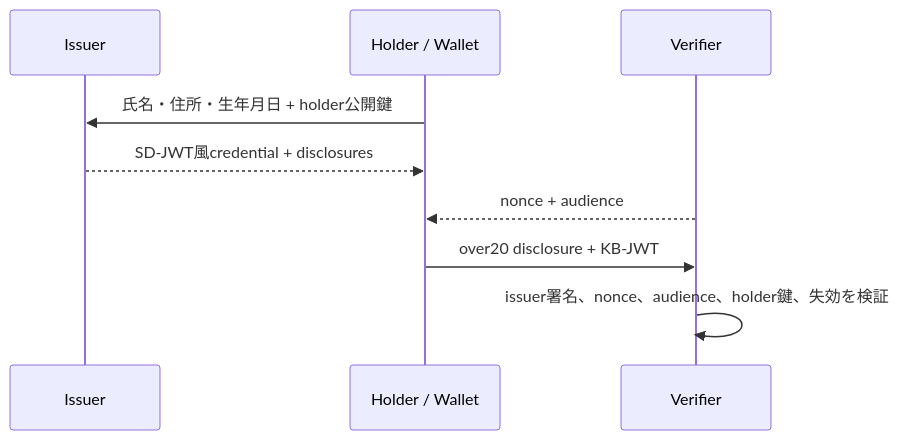
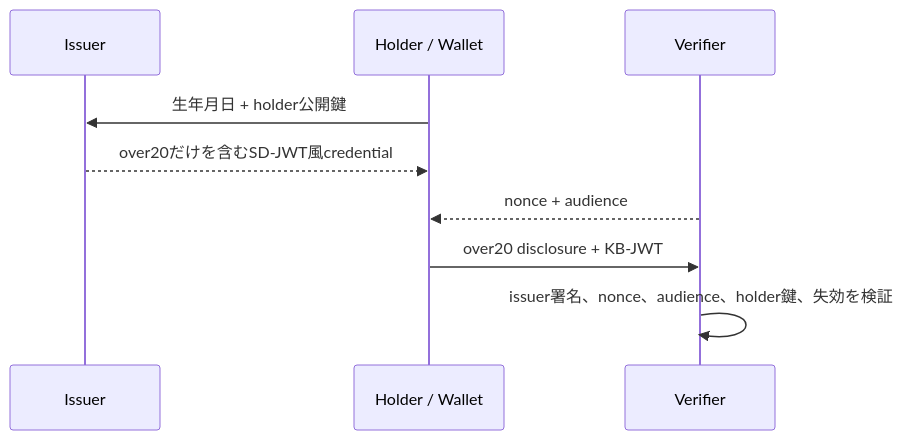
Before and after one commit to kenkenpa2126/zero-pii-age-verify: the diagram in README.md, drawn with Mermaid. The commit also changed other lines of this file and 12 other files, not shown here.

````diff
--- a/README.md
+++ b/README.md
@@ -19,12 +19,12 @@
 ```mermaid
 sequenceDiagram
   participant I as Issuer
   participant W as Holder / Wallet
   participant V as Verifier
 
-  W->>I: 氏名・住所・生年月日 + holder公開鍵
-  I-->>W: SD-JWT風credential + disclosures
+  W->>I: 生年月日 + holder公開鍵
+  I-->>W: over20だけを含むSD-JWT風credential
   V-->>W: nonce + audience
   W->>V: over20 disclosure + KB-JWT
   V->>V: issuer署名、nonce、audience、holder鍵、失効を検証
 ```
````
